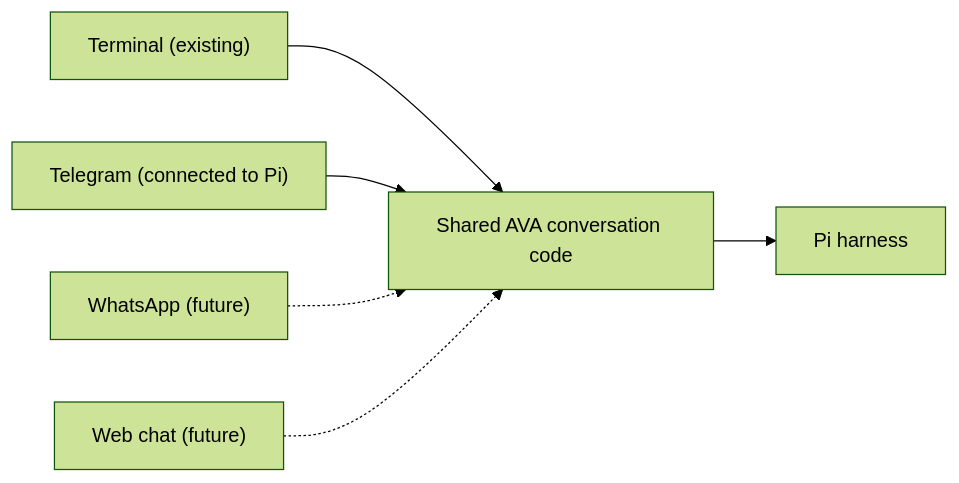
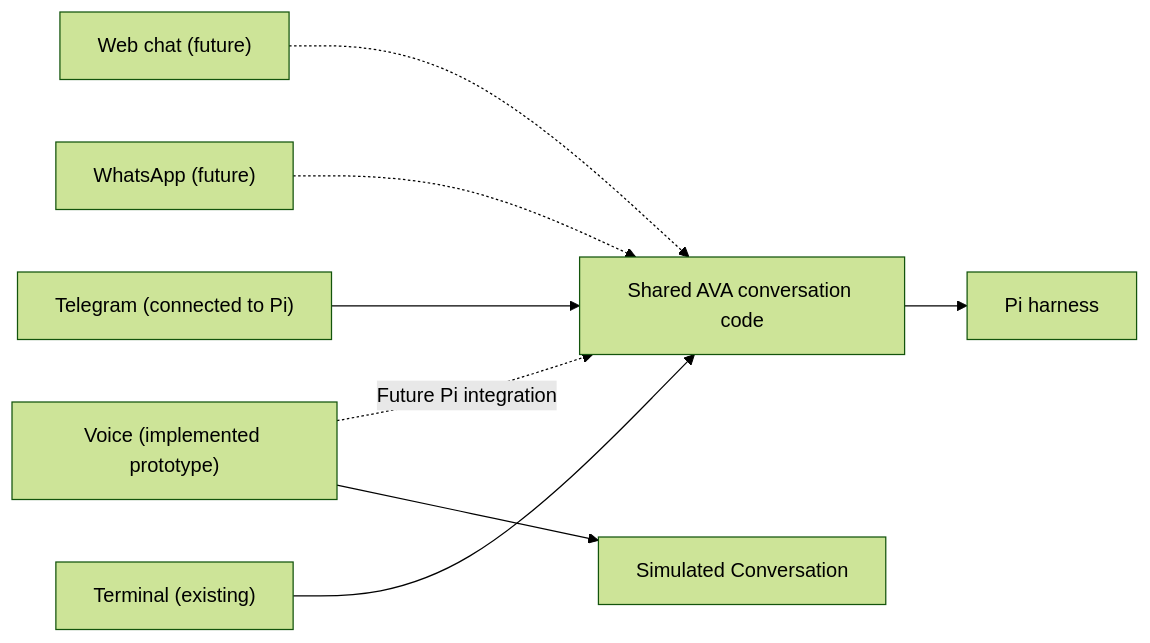
The second of 2 diagrams in docs/telegram-channel-plan.md (fjeansilva/ava-personal-assistant), drawn with Mermaid (forest theme) before and after one commit. The commit also changed other lines of this file and 10 other files, not shown here.

````diff
--- a/docs/telegram-channel-plan.md
+++ b/docs/telegram-channel-plan.md
@@ -79,8 +80,10 @@
 ```mermaid
 flowchart LR
     Terminal["Terminal (existing)"] --> Conversation["Shared AVA conversation code"]
     Telegram["Telegram (connected to Pi)"] --> Conversation
+    Voice["Voice (implemented prototype)"] --> Mock["Simulated Conversation"]
+    Voice -.->|"Future Pi integration"| Conversation
     WhatsApp["WhatsApp (future)"] -.-> Conversation
     Web["Web chat (future)"] -.-> Conversation
     Conversation --> Pi["Pi harness"]
 ```
````
